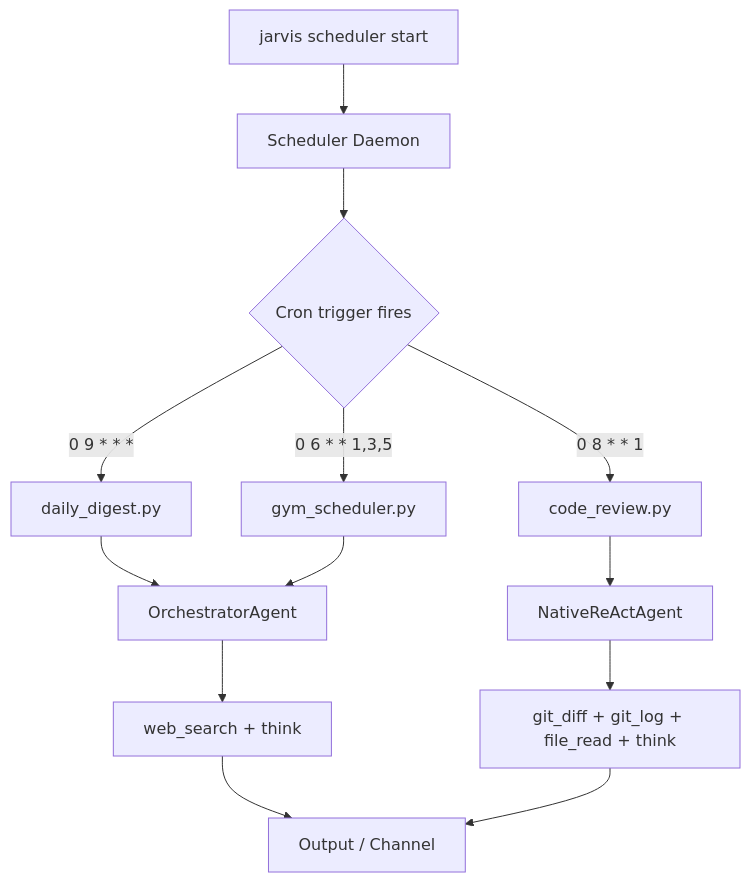
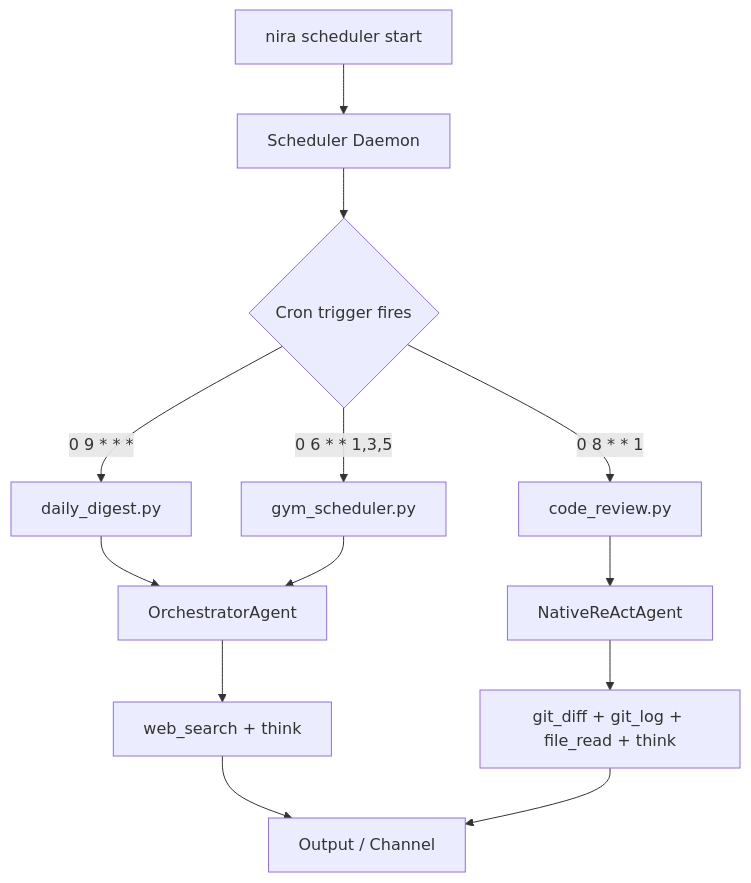
The diagram in docs/tutorials/scheduled-ops.md (kmahendra999/nira), drawn with Mermaid before and after one commit. The commit also changed other lines of this file and 1807 other files, not shown here.

````diff
--- a/docs/tutorials/scheduled-ops.md
+++ b/docs/tutorials/scheduled-ops.md
@@ -50,15 +50,15 @@
 ```mermaid
 graph TD
-    A[jarvis scheduler start] --> B[Scheduler Daemon]
+    A[nira scheduler start] --> B[Scheduler Daemon]
     B --> C{Cron trigger fires}
     C -->|0 9 * * *| D[daily_digest.py]
     C -->|0 8 * * 1| E[code_review.py]
     C -->|0 6 * * 1,3,5| F[gym_scheduler.py]
     D --> G[OrchestratorAgent]
     E --> H[NativeReActAgent]
     F --> G
     G --> I[web_search + think]
     H --> J[git_diff + git_log + file_read + think]
     I --> K[Output / Channel]
     J --> K
 ```
````
